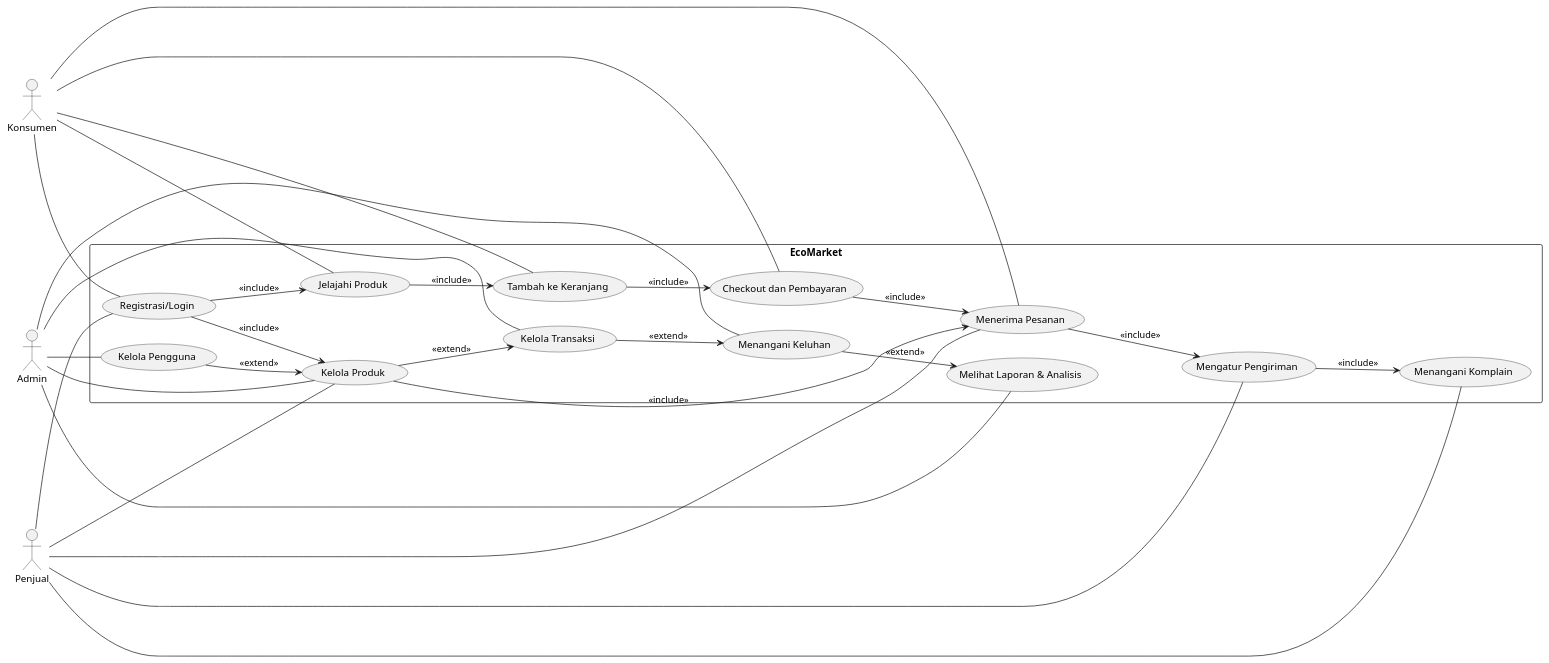
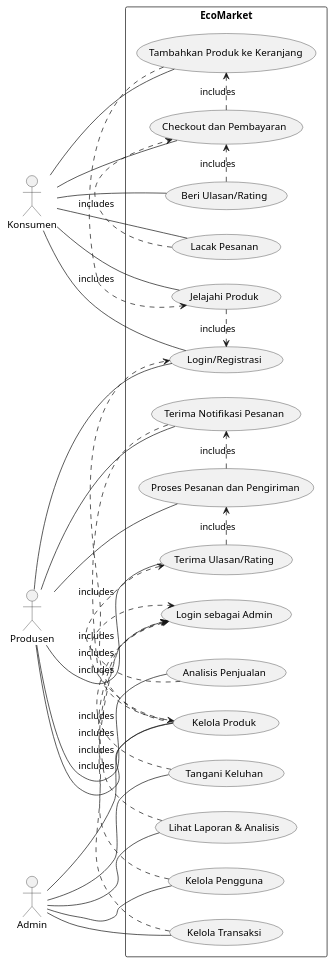
Before and after one commit to desales24/DAA: the diagram in UAS/flowchat_use_case/use_case/use_case_penggunaan.puml, drawn with PlantUML. The commit also changed 5 other files, not shown here.

```diff
--- a/UAS/flowchat_use_case/use_case/use_case_penggunaan.puml
+++ b/UAS/flowchat_use_case/use_case/use_case_penggunaan.puml
@@ -1,42 +1,48 @@
 @startuml
 left to right direction
 
 actor Konsumen
-actor Penjual
+actor Produsen
 actor Admin
 
-rectangle EcoMarket {
-  Konsumen -- (Registrasi/Login)
+rectangle "EcoMarket" {
+  Konsumen -- (Login/Registrasi)
   Konsumen -- (Jelajahi Produk)
-  Konsumen -- (Tambah ke Keranjang)
+  Konsumen -- (Tambahkan Produk ke Keranjang)
   Konsumen -- (Checkout dan Pembayaran)
-  Konsumen -- (Menerima Pesanan)
+  Konsumen -- (Beri Ulasan/Rating)
+  Konsumen -- (Lacak Pesanan)
 
-  Penjual -- (Registrasi/Login)
-  Penjual -- (Kelola Produk)
-  Penjual -- (Menerima Pesanan)
-  Penjual -- (Mengatur Pengiriman)
-  Penjual -- (Menangani Komplain)
+  Produsen -- (Login/Registrasi)
+  Produsen -- (Kelola Produk)
+  Produsen -- (Terima Notifikasi Pesanan)
+  Produsen -- (Proses Pesanan dan Pengiriman)
+  Produsen -- (Terima Ulasan/Rating)
+  Produsen -- (Analisis Penjualan)
 
   Admin -- (Kelola Pengguna)
   Admin -- (Kelola Produk)
   Admin -- (Kelola Transaksi)
-  Admin -- (Menangani Keluhan)
-  Admin -- (Melihat Laporan & Analisis)
+  Admin -- (Tangani Keluhan)
+  Admin -- (Lihat Laporan & Analisis)
+
+  (Jelajahi Produk) .> (Login/Registrasi) : includes
+  (Tambahkan Produk ke Keranjang) .> (Jelajahi Produk) : includes
+  (Checkout dan Pembayaran) .> (Tambahkan Produk ke Keranjang) : includes
+  (Beri Ulasan/Rating) .> (Checkout dan Pembayaran) : includes
+  (Lacak Pesanan) .> (Checkout dan Pembayaran) : includes
+
+  (Kelola Produk) .> (Login/Registrasi) : includes
+  (Terima Notifikasi Pesanan) .> (Kelola Produk) : includes
+  (Proses Pesanan dan Pengiriman) .> (Terima Notifikasi Pesanan) : includes
+  (Terima Ulasan/Rating) .> (Proses Pesanan dan Pengiriman) : includes
+  (Analisis Penjualan) .> (Terima Ulasan/Rating) : includes
+
+  (Kelola Pengguna) .> (Login sebagai Admin) : includes
+  (Kelola Produk) .> (Login sebagai Admin) : includes
+  (Kelola Transaksi) .> (Login sebagai Admin) : includes
+  (Tangani Keluhan) .> (Login sebagai Admin) : includes
+  (Lihat Laporan & Analisis) .> (Login sebagai Admin) : includes
 }
 
-(Registrasi/Login) --> (Jelajahi Produk) : <<include>>
-(Jelajahi Produk) --> (Tambah ke Keranjang) : <<include>>
-(Tambah ke Keranjang) --> (Checkout dan Pembayaran) : <<include>>
-(Checkout dan Pembayaran) --> (Menerima Pesanan) : <<include>>
-
-(Registrasi/Login) --> (Kelola Produk) : <<include>>
-(Kelola Produk) --> (Menerima Pesanan) : <<include>>
-(Menerima Pesanan) --> (Mengatur Pengiriman) : <<include>>
-(Mengatur Pengiriman) --> (Menangani Komplain) : <<include>>
-
-(Kelola Pengguna) --> (Kelola Produk) : <<extend>>
-(Kelola Produk) --> (Kelola Transaksi) : <<extend>>
-(Kelola Transaksi) --> (Menangani Keluhan) : <<extend>>
-(Menangani Keluhan) --> (Melihat Laporan & Analisis) : <<extend>>
 @enduml
```
